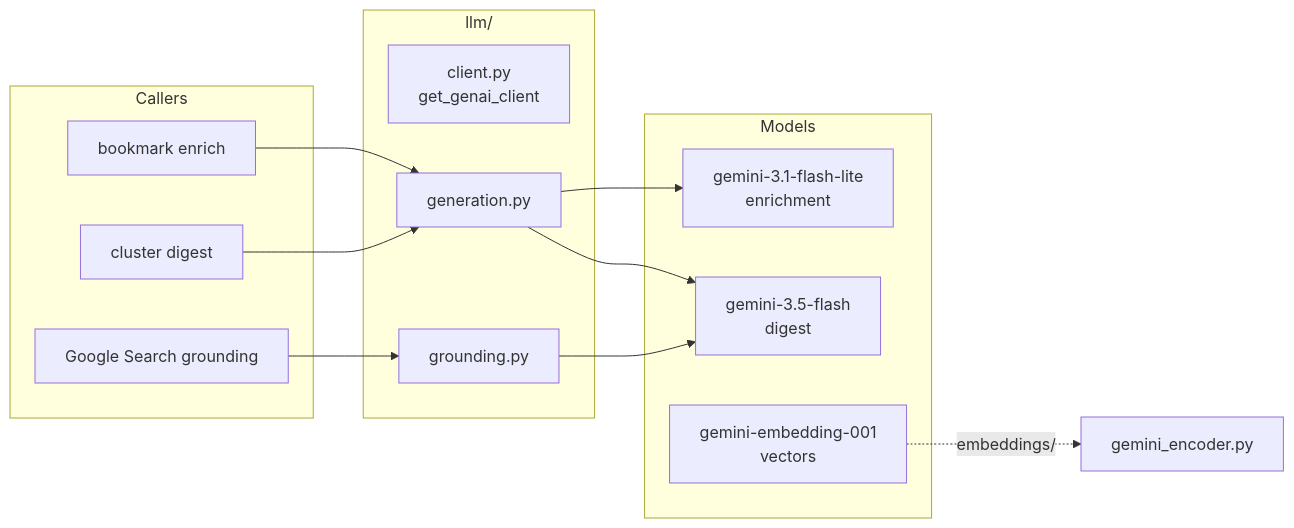
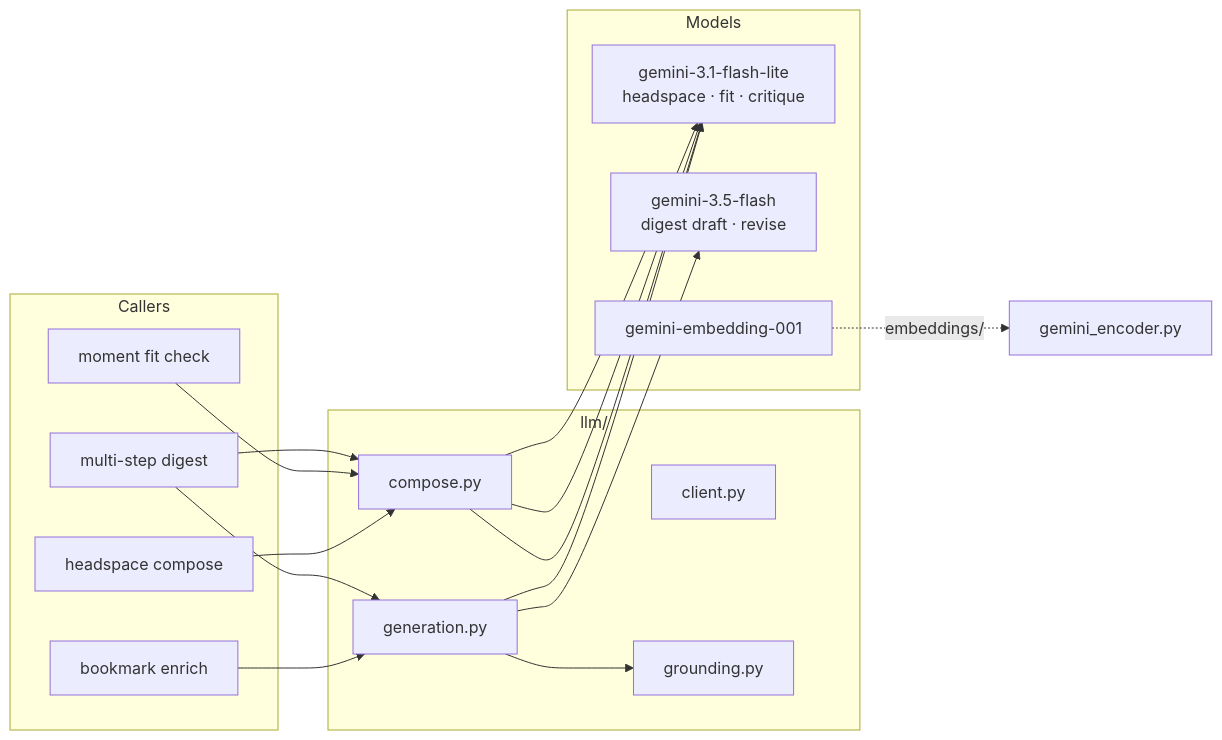
One commit to Sushmey/Kairos changed diagram 17 of 19 in docs/ARCHITECTURE.md. Above: the diagram before and after it, drawn with Mermaid. The commit also changed other lines of this file and 126 other files, not shown here.

````diff
--- a/docs/ARCHITECTURE.md
+++ b/docs/ARCHITECTURE.md
@@ -612,25 +707,30 @@
 ```mermaid
 flowchart LR
     subgraph Callers
         IngestEnrich["bookmark enrich"]
-        Digest["cluster digest"]
-        Ground["Google Search grounding"]
+        Headspace["headspace compose"]
+        MomentFit["moment fit check"]
+        Digest["multi-step digest"]
     end
 
     subgraph LLM["llm/"]
-        Client["client.py<br/>get_genai_client"]
+        Client["client.py"]
+        Compose["compose.py"]
         Gen["generation.py"]
         GroundMod["grounding.py"]
     end
 
     subgraph Models
-        Lite["gemini-3.1-flash-lite<br/>enrichment"]
-        Flash["gemini-3.5-flash<br/>digest"]
-        EmbedM["gemini-embedding-001<br/>vectors"]
+        Lite["gemini-3.1-flash-lite<br/>headspace · fit · critique"]
+        Flash["gemini-3.5-flash<br/>digest draft · revise"]
+        EmbedM["gemini-embedding-001"]
     end
 
     IngestEnrich --> Gen --> Lite
+    Headspace --> Compose --> Lite
+    MomentFit --> Compose --> Lite
     Digest --> Gen --> Flash
-    Ground --> GroundMod --> Flash
+    Digest --> Compose --> Lite
+    Gen --> GroundMod
     EmbedM -.->|"embeddings/"| EmbedEnc["gemini_encoder.py"]
 ```
````
